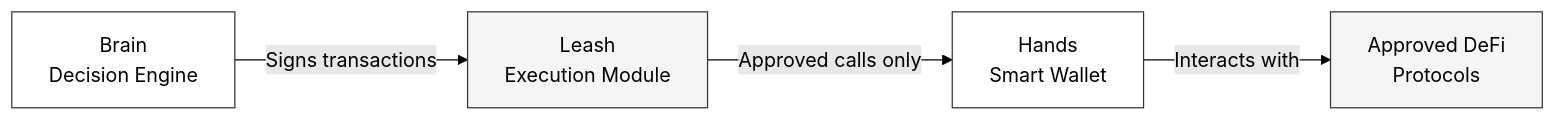
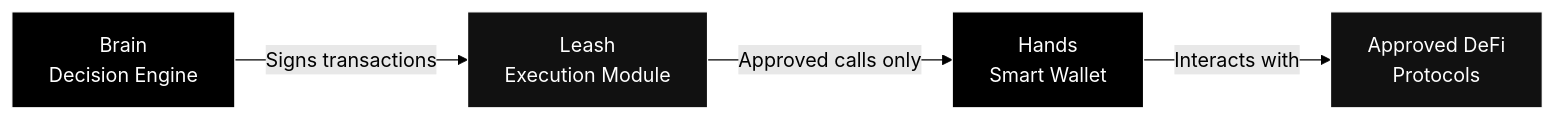
Before and after one commit to TRECC-eth/docs: the first of 2 diagrams in borrowers/agent-architecture.mdx, drawn with Mermaid (forest theme). The commit also changed other lines of this file and 12 other files, not shown here.

Commit message:
changed diagram colours

````diff
--- a/borrowers/agent-architecture.mdx
+++ b/borrowers/agent-architecture.mdx
@@ -17,11 +17,11 @@
 ```mermaid
 graph LR
     BRAIN[Brain<br/>Decision Engine] -->|Signs transactions| LEASH[Leash<br/>Execution Module]
     LEASH -->|Approved calls only| HANDS[Hands<br/>Smart Wallet]
     HANDS -->|Interacts with| PROTOCOLS[Approved DeFi<br/>Protocols]
 
-    style BRAIN fill:#ffffff,stroke:#333333
-    style LEASH fill:#f5f5f5,stroke:#333333
-    style HANDS fill:#ffffff,stroke:#333333
-    style PROTOCOLS fill:#f5f5f5,stroke:#333333
+    style BRAIN fill:#000000,stroke:#ffffff,color:#ffffff
+    style LEASH fill:#111111,stroke:#ffffff,color:#ffffff
+    style HANDS fill:#000000,stroke:#ffffff,color:#ffffff
+    style PROTOCOLS fill:#111111,stroke:#ffffff,color:#ffffff
 ```
````
